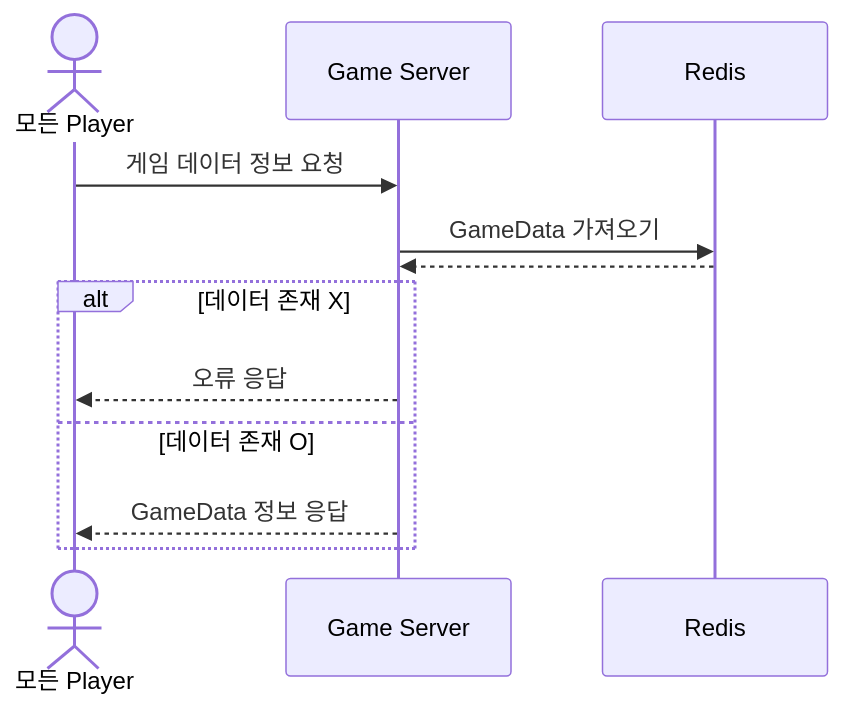
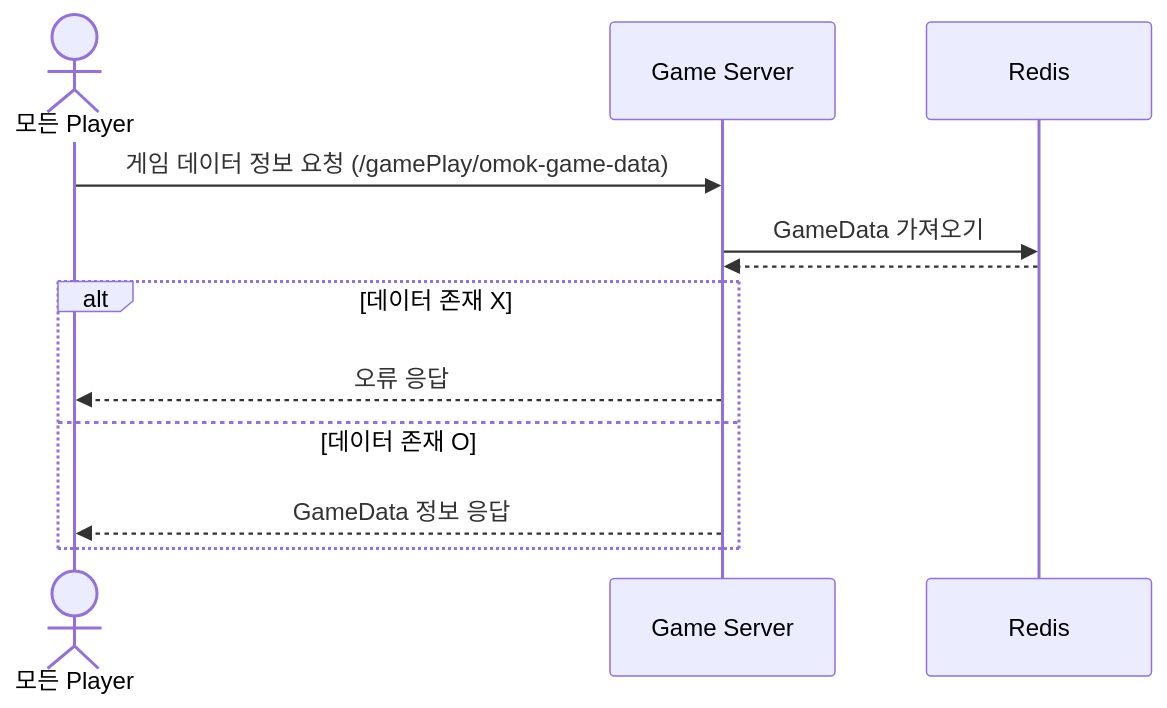
Before and after one commit to yujinS0/Omok-Game: the first of 4 diagrams in SequenceDiagram/GamePlay.md, drawn with Mermaid. The commit also changed other lines of this file, not shown here.

````diff
--- a/SequenceDiagram/GamePlay.md
+++ b/SequenceDiagram/GamePlay.md
@@ -16,15 +15,15 @@
 ```mermaid
 sequenceDiagram
 	actor P as 모든 Player
 	participant G as Game Server
   	participant R as Redis
 
-	P ->> G: 게임 데이터 정보 요청
+	P ->> G: 게임 데이터 정보 요청 (/gamePlay/omok-game-data)
 	G ->> R : GameData 가져오기
 	R-->>G: 
 	alt 데이터 존재 X
 		G-->>P: 오류 응답
 	else 데이터 존재 O
 		G -->> P : GameData 정보 응답
 	end
 ```
````
